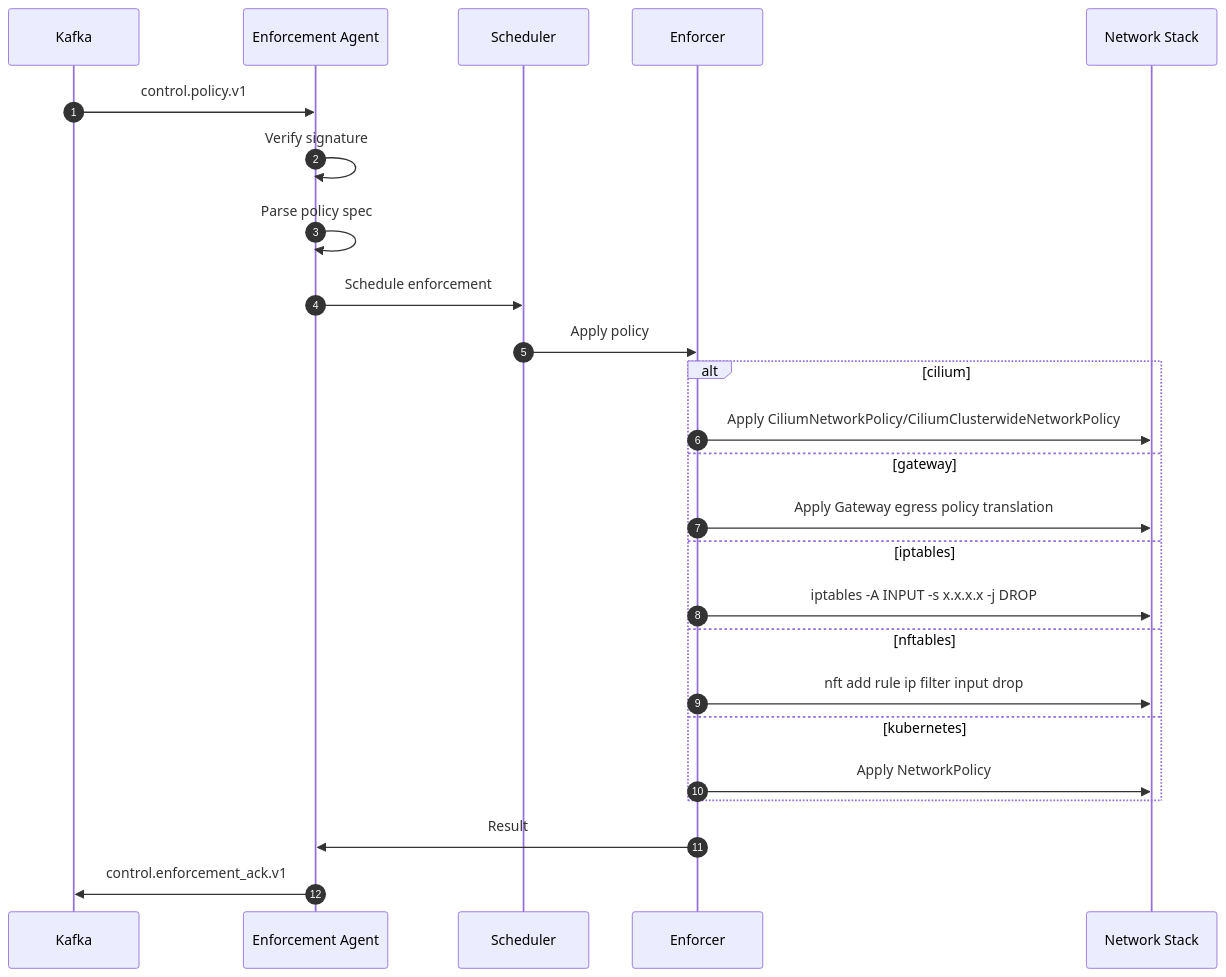
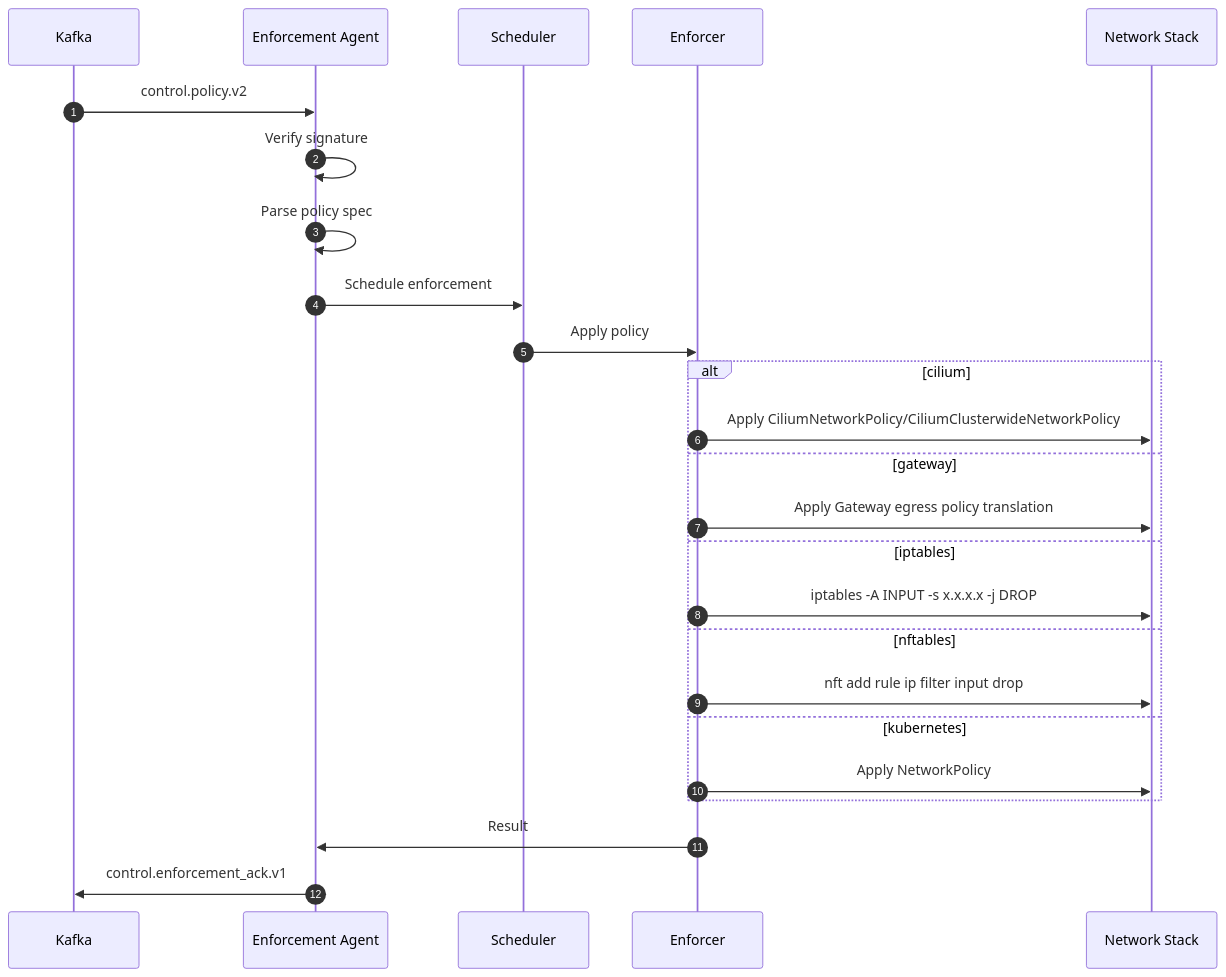
Before and after one commit to EveShark/CyberMesh: the ninth of 15 diagrams in docs/design/DATA_FLOW.md, drawn with Mermaid. The commit also changed other lines of this file and 35 other files, not shown here.

Commit message:
Migrate control policy runtime and signing to v2

````diff
--- a/docs/design/DATA_FLOW.md
+++ b/docs/design/DATA_FLOW.md
@@ -317,31 +317,31 @@
 ```mermaid
 sequenceDiagram
     autonumber
     participant Kafka as Kafka
     participant Agent as Enforcement Agent
     participant Sched as Scheduler
     participant Enf as Enforcer
     participant Net as Network Stack
     
-    Kafka->>Agent: control.policy.v1
+    Kafka->>Agent: control.policy.v2
     Agent->>Agent: Verify signature
     Agent->>Agent: Parse policy spec
     Agent->>Sched: Schedule enforcement
     
     Sched->>Enf: Apply policy
     
     alt cilium
         Enf->>Net: Apply CiliumNetworkPolicy/CiliumClusterwideNetworkPolicy
     else gateway
         Enf->>Net: Apply Gateway egress policy translation
     else iptables
         Enf->>Net: iptables -A INPUT -s x.x.x.x -j DROP
     else nftables
         Enf->>Net: nft add rule ip filter input drop
     else kubernetes
         Enf->>Net: Apply NetworkPolicy
     end
     
     Enf->>Agent: Result
     Agent->>Kafka: control.enforcement_ack.v1
 ```
````
